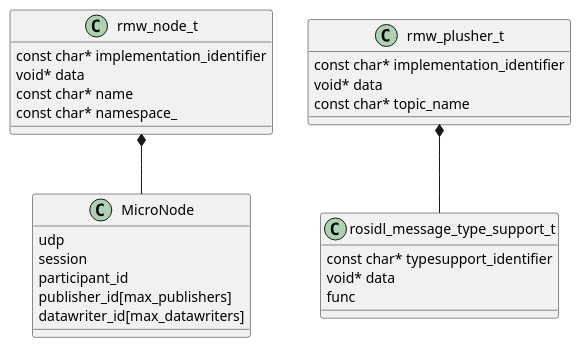
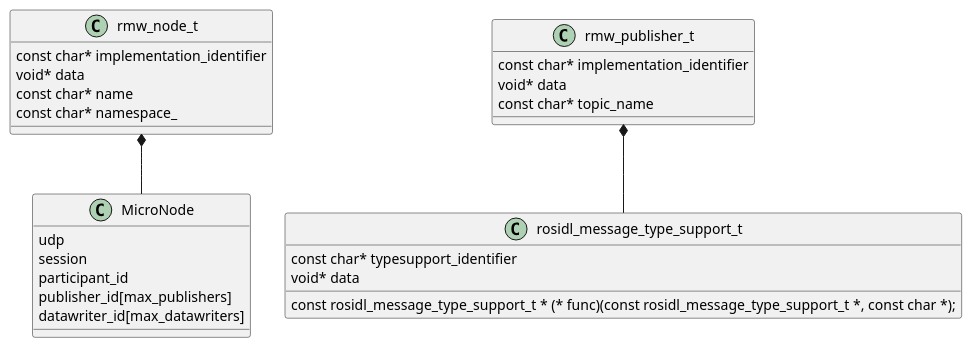
The diagram in docs/code.puml (cocasema/micro-ROS-doc), drawn with PlantUML before and after one commit. The commit also changed 2 other files, not shown here.

```diff
--- a/docs/code.puml
+++ b/docs/code.puml
@@ -1,38 +1,37 @@
 @startuml
 
 Class rmw_node_t
 {
   const char* implementation_identifier
   void* data
   const char* name
   const char* namespace_
 }
 
-Class rmw_plusher_t
+Class rmw_publisher_t
 {
     const char* implementation_identifier
     void* data
     const char* topic_name    
 }
 
 Class rosidl_message_type_support_t
 {
     const char* typesupport_identifier
     void* data
-    func
+    const rosidl_message_type_support_t * (* func)(const rosidl_message_type_support_t *, const char *);
 }
-
 
 Class MicroNode
 {
     udp
     session
     participant_id
     publisher_id[max_publishers]
     datawriter_id[max_datawriters]
 }
 
 rmw_node_t *-- MicroNode
-rmw_plusher_t *-- rosidl_message_type_support_t
+rmw_publisher_t *-- rosidl_message_type_support_t
 
 @enduml
```
